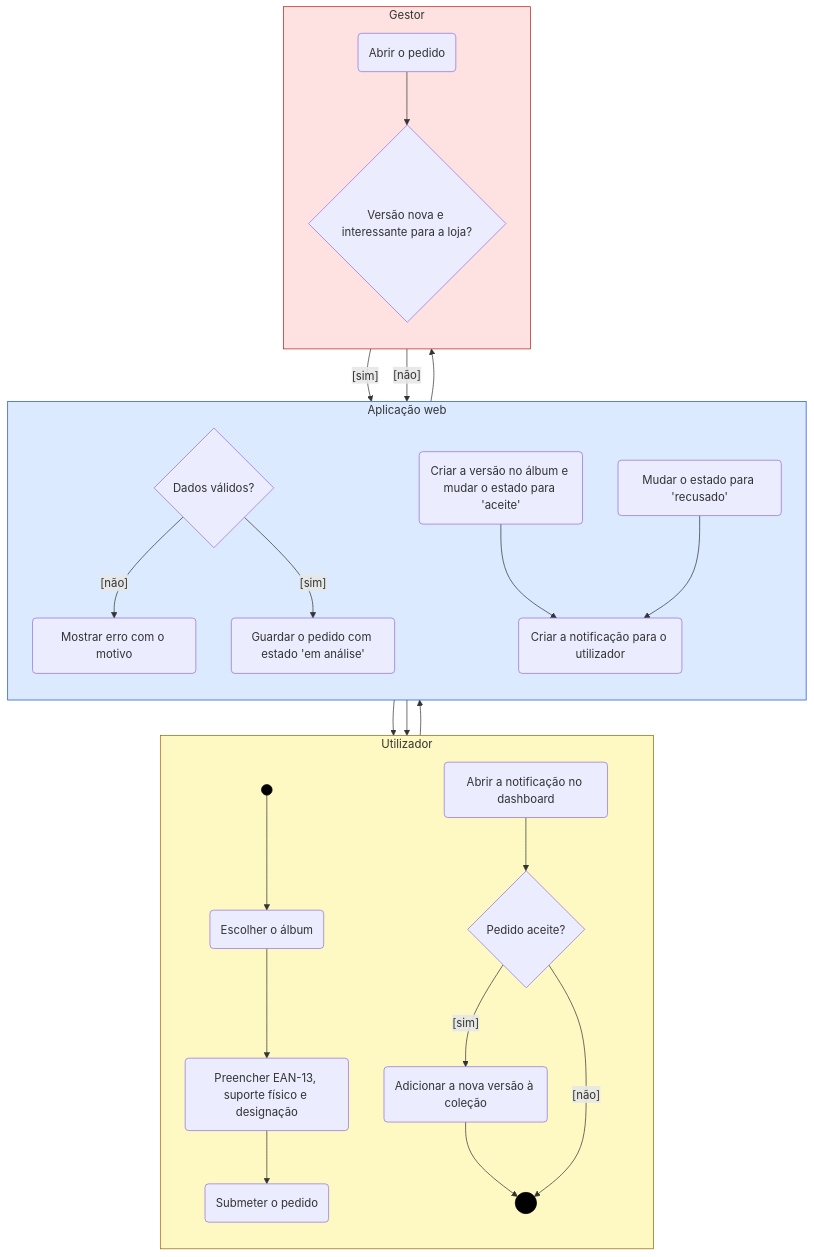
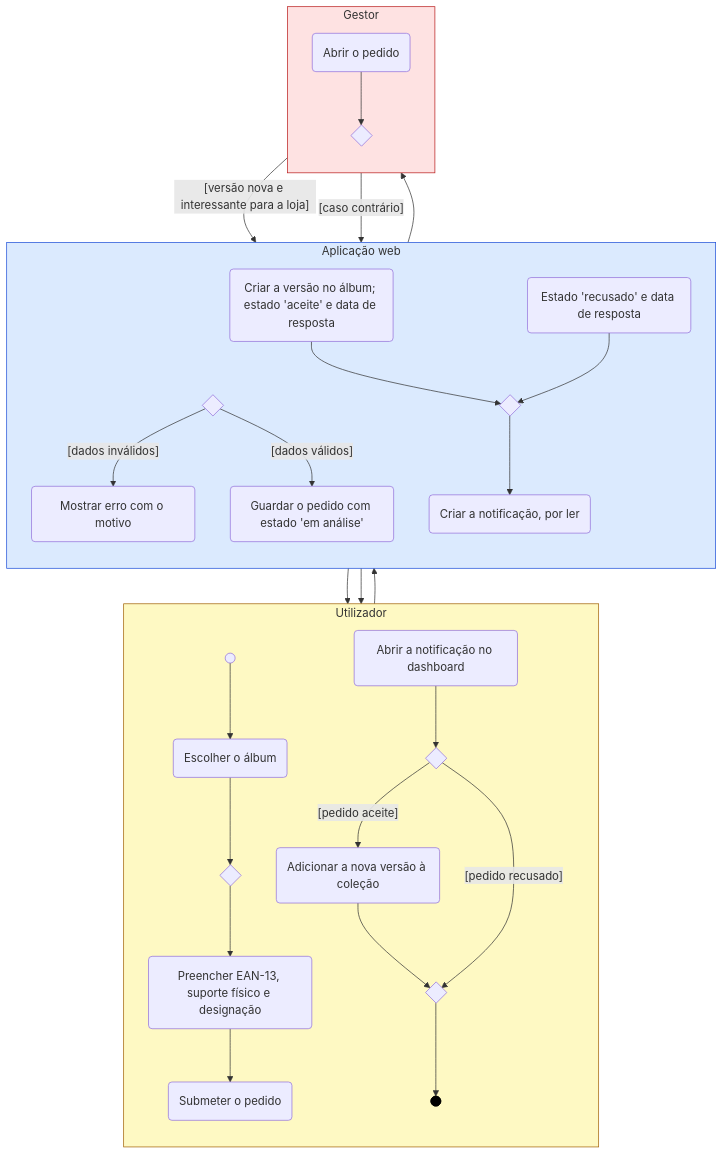
One commit to malat0o/PGP changed the third of 5 diagrams in etapa1/atividades/atividades.md. Above: the diagram before and after it, drawn with Mermaid. The commit also changed other lines of this file and 11 other files, not shown here.

First line of the commit message:
Bloco 5: diagramas de atividades em notação UML

````diff
--- a/etapa1/atividades/atividades.md
+++ b/etapa1/atividades/atividades.md
@@ -127,42 +158,47 @@
 ```mermaid
 flowchart TB
   subgraph U["Utilizador"]
     direction TB
-    I1((" ")) --> R1("Escolher o álbum")
+    I1@{ shape: sm-circ }
+    R1("Escolher o álbum")
+    M0@{ shape: diam, label: " " }
     R2("Preencher EAN-13, suporte físico e designação")
     R3("Submeter o pedido")
-    R8("Abrir a notificação no dashboard")
-    D3{"Pedido aceite?"}
-    R10("Adicionar a nova versão à coleção")
-    F1(((" ")))
+    R10("Abrir a notificação no dashboard")
+    D3@{ shape: diam, label: " " }
+    R11("Adicionar a nova versão à coleção")
+    M2@{ shape: diam, label: " " }
+    F1@{ shape: fr-circ }
   end
   subgraph W["Aplicação web"]
     direction TB
-    D1{"Dados válidos?"}
+    D1@{ shape: diam, label: " " }
     R4("Mostrar erro com o motivo")
     R5("Guardar o pedido com estado 'em análise'")
-    R6("Criar a versão no álbum e mudar o estado para 'aceite'")
-    R7("Mudar o estado para 'recusado'")
-    R9("Criar a notificação para o utilizador")
+    R7("Criar a versão no álbum; estado 'aceite' e data de resposta")
+    R8("Estado 'recusado' e data de resposta")
+    M1@{ shape: diam, label: " " }
+    R9("Criar a notificação, por ler")
   end
   subgraph G["Gestor"]
     direction TB
-    R11("Abrir o pedido")
-    D2{"Versão nova e interessante para a loja?"}
+    R6("Abrir o pedido")
+    D2@{ shape: diam, label: " " }
   end
 
-  R1 --> R2 --> R3 --> D1
-  D1 -->|"[não]"| R4 --> R2
-  D1 -->|"[sim]"| R5 --> R11 --> D2
-  D2 -->|"[sim]"| R6 --> R9
-  D2 -->|"[não]"| R7 --> R9
-  R9 --> R8 --> D3
-  D3 -->|"[sim]"| R10 --> F1
-  D3 -->|"[não]"| F1
+  I1 --> R1 --> M0 --> R2 --> R3 --> D1
+  D1 -->|"[dados inválidos]"| R4 --> M0
+  D1 -->|"[dados válidos]"| R5 --> R6 --> D2
+  D2 -->|"[versão nova e interessante para a loja]"| R7 --> M1
+  D2 -->|"[caso contrário]"| R8 --> M1
+  M1 --> R9 --> R10 --> D3
+  D3 -->|"[pedido aceite]"| R11 --> M2
+  D3 -->|"[pedido recusado]"| M2
+  M2 --> F1
 
   style I1 fill:#000,stroke:#000
   style F1 fill:#000,stroke:#000
   style U fill:#fef9c3,stroke:#a16207
   style W fill:#dbeafe,stroke:#1d4ed8
   style G fill:#fee2e2,stroke:#b91c1c
 ```
````
